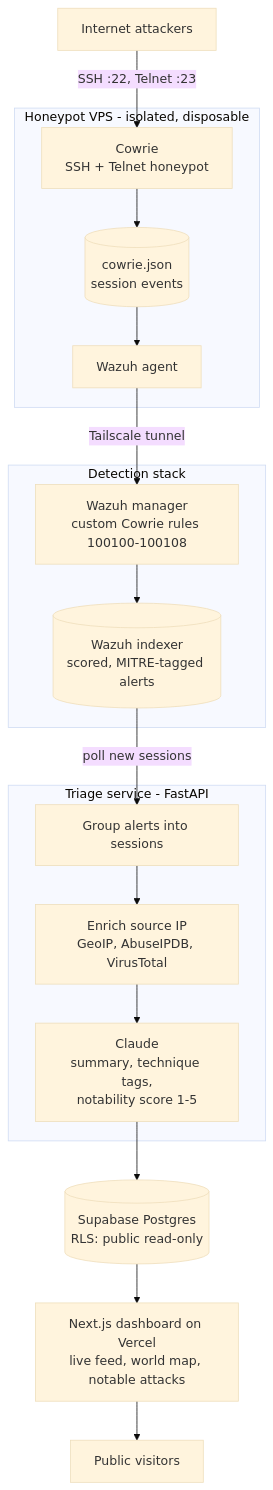
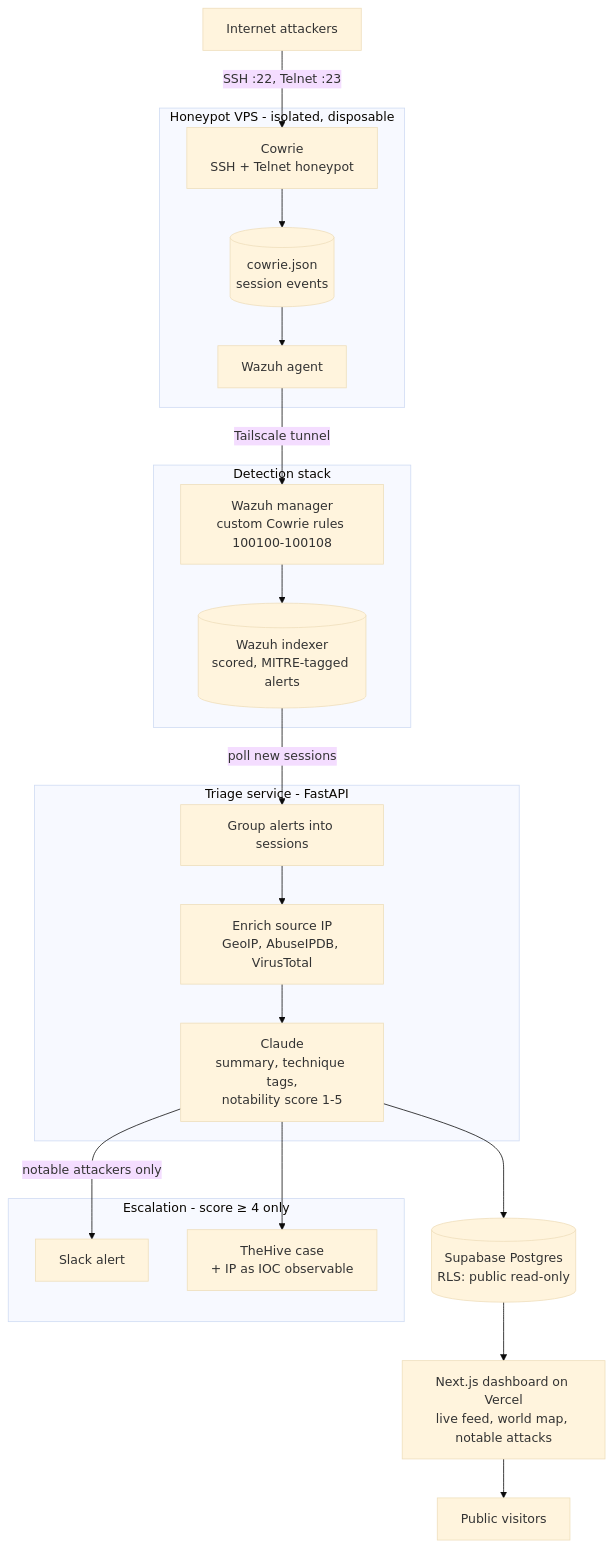
The diagram in README.md (WisnuMasna/tripwire), drawn with Mermaid (base theme) before and after one commit. The commit also changed other lines of this file and 1 other file, not shown here.

First line of the commit message:
docs: document the SOAR escalation layer (Slack + TheHive)

````diff
--- a/README.md
+++ b/README.md
@@ -37,35 +37,42 @@
 ```mermaid
 flowchart TD
     ATK["Internet attackers"]
 
     subgraph VPS["Honeypot VPS - isolated, disposable"]
         COW["Cowrie<br/>SSH + Telnet honeypot"]
         LOG[("cowrie.json<br/>session events")]
         AGT["Wazuh agent"]
         COW --> LOG --> AGT
     end
 
     subgraph DET["Detection stack"]
         MGR["Wazuh manager<br/>custom Cowrie rules 100100-100108"]
         IDX[("Wazuh indexer<br/>scored, MITRE-tagged alerts")]
         MGR --> IDX
     end
 
     subgraph TRI["Triage service - FastAPI"]
         GRP["Group alerts into sessions"]
         ENR["Enrich source IP<br/>GeoIP, AbuseIPDB, VirusTotal"]
         AI["Claude<br/>summary, technique tags,<br/>notability score 1-5"]
         GRP --> ENR --> AI
     end
 
     DB[("Supabase Postgres<br/>RLS: public read-only")]
     DASH["Next.js dashboard on Vercel<br/>live feed, world map, notable attacks"]
     VIS["Public visitors"]
 
+    subgraph SOAR["Escalation - score &ge; 4 only"]
+        SLK["Slack alert"]
+        TH["TheHive case<br/>+ IP as IOC observable"]
+    end
+
     ATK -->|"SSH :22, Telnet :23"| COW
     AGT -->|"Tailscale tunnel"| MGR
     IDX -->|"poll new sessions"| GRP
     AI --> DB
+    AI -->|"notable attackers only"| SLK
+    AI --> TH
     DB --> DASH
     DASH --> VIS
 ```
````
